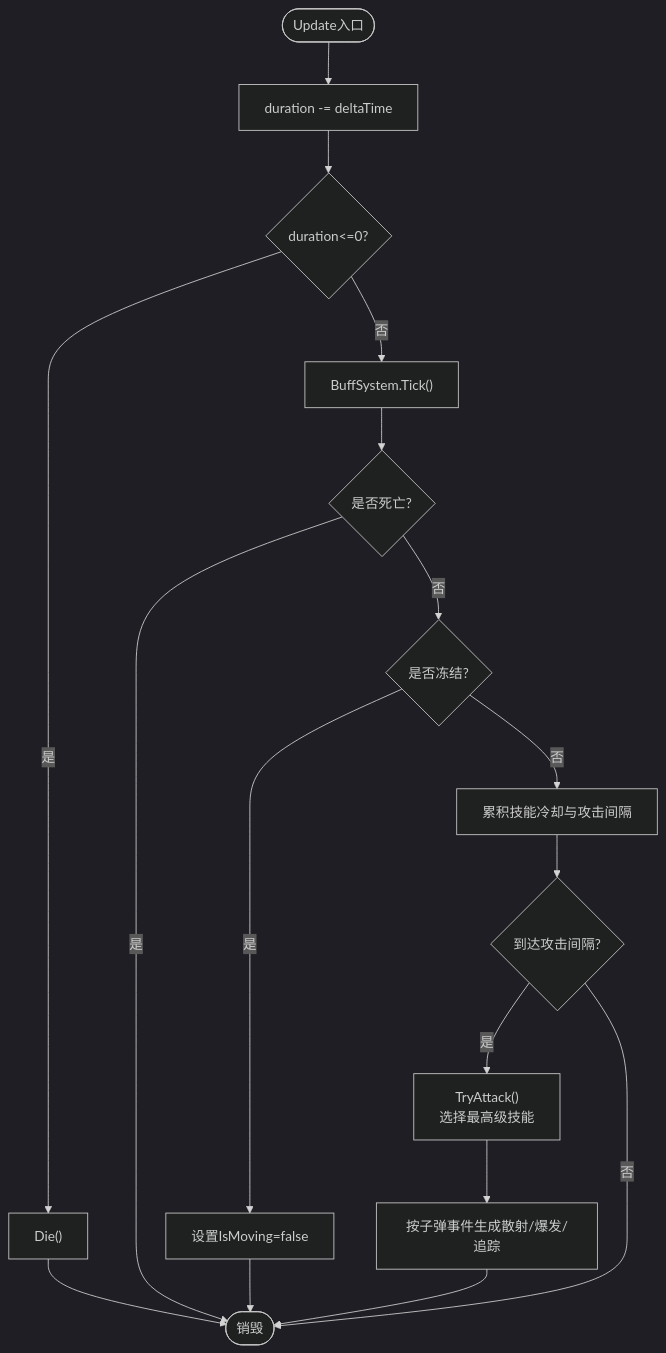
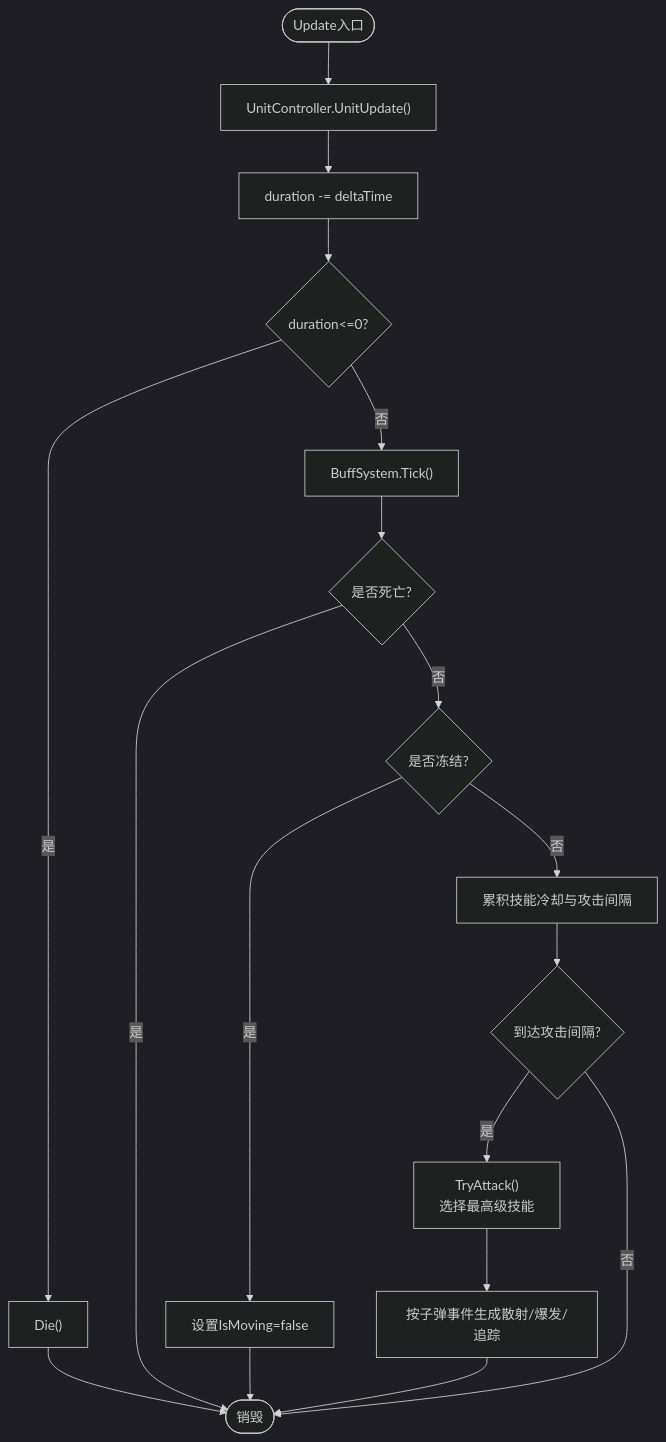
Before and after one commit to Tuusen/p1_client: the sixth of 7 diagrams in .qoder/repowiki/zh/content/战斗系统/角色控制器/角色控制器.md, drawn with Mermaid (dark theme). The commit also changed other lines of this file and 13 other files, not shown here.

````diff
--- a/.qoder/repowiki/zh/content/战斗系统/角色控制器/角色控制器.md
+++ b/.qoder/repowiki/zh/content/战斗系统/角色控制器/角色控制器.md
@@ -369,17 +420,18 @@
 ```mermaid
 flowchart TD
-S0(["Update入口"]) --> Dur["duration -= deltaTime"]
-Dur --> DurCheck{"duration<=0?"}
+S0(["Update入口"]) --> UnitUpdate["UnitController.UnitUpdate()"]
+UnitUpdate --> Duration["duration -= deltaTime"]
+Duration --> DurCheck{"duration<=0?"}
 DurCheck --> |是| Die["Die()"] --> End(["销毁"])
 DurCheck --> |否| BuffTick["BuffSystem.Tick()"]
 BuffTick --> DeadCheck{"是否死亡?"}
 DeadCheck --> |是| End
 DeadCheck --> |否| FrozenCheck{"是否冻结?"}
 FrozenCheck --> |是| SetMovingFalse["设置IsMoving=false"] --> End
 FrozenCheck --> |否| Cool["累积技能冷却与攻击间隔"]
 Cool --> AtkCheck{"到达攻击间隔?"}
 AtkCheck --> |是| TrySkill["TryAttack()<br/>选择最高级技能"]
 TrySkill --> Scatter["按子弹事件生成散射/爆发/追踪"]
 Scatter --> End
 AtkCheck --> |否| End
 ```
````
